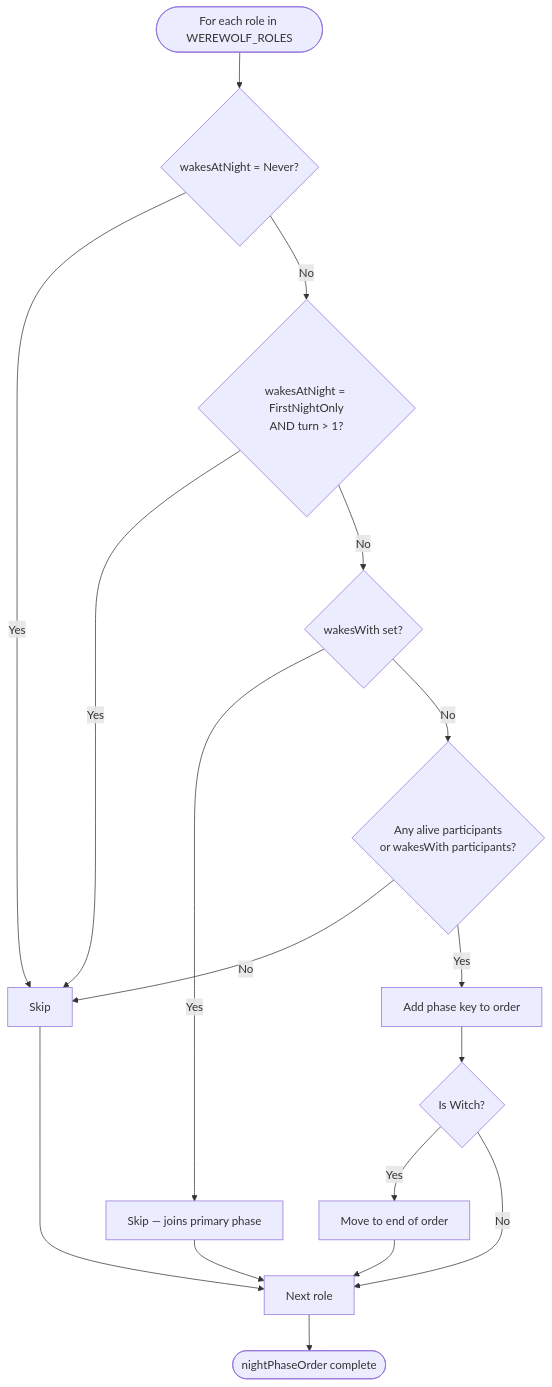
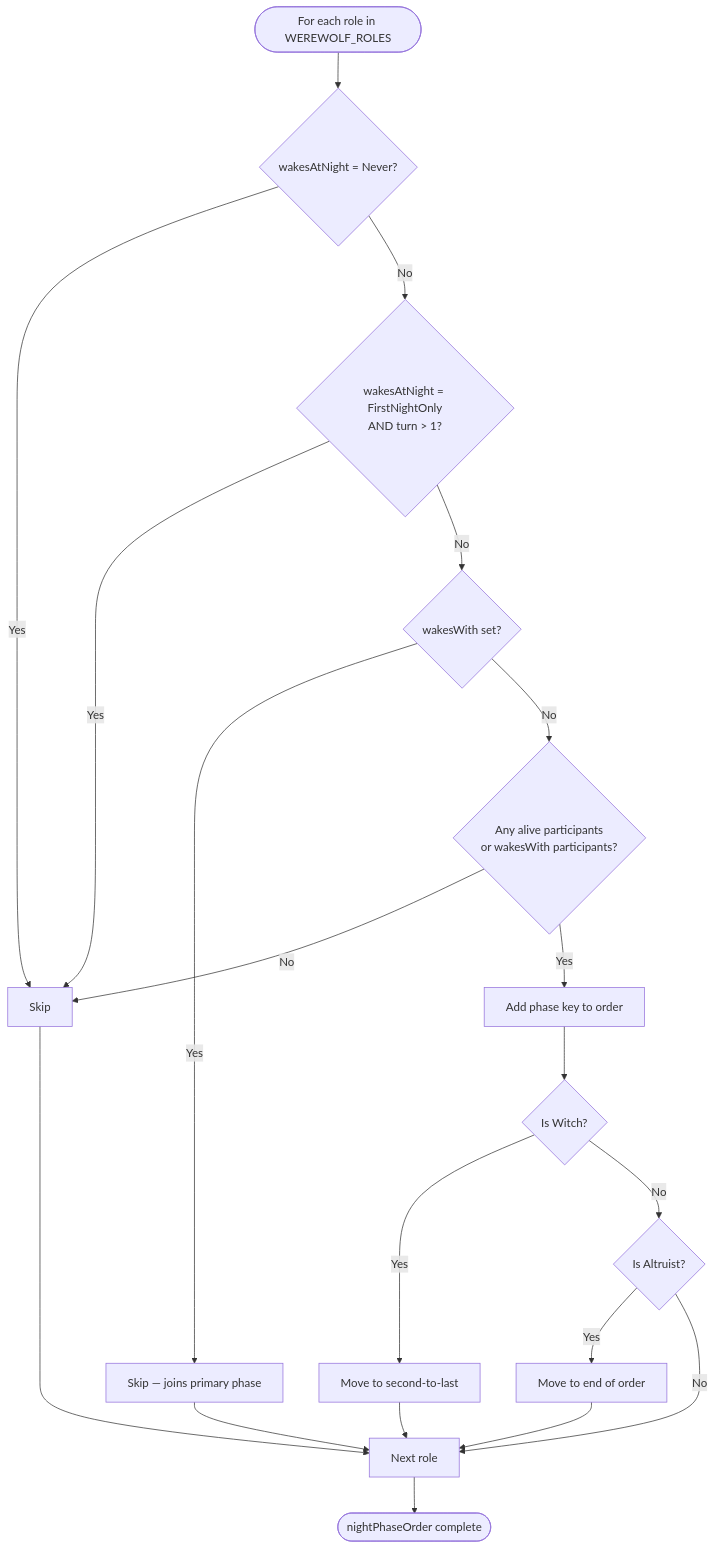
One commit to rmartz/hidden-role-game changed the second of 2 diagrams in docs/werewolf/roles.md. Above: the diagram before and after it, drawn with Mermaid. The commit also changed other lines of this file and 3 other files, not shown here.

````diff
--- a/docs/werewolf/roles.md
+++ b/docs/werewolf/roles.md
@@ -79,19 +105,22 @@
 ```mermaid
 flowchart TD
     Start([For each role in WEREWOLF_ROLES]) --> WakesNever{wakesAtNight = Never?}
     WakesNever -->|Yes| Skip[Skip]
     WakesNever -->|No| FirstNight{wakesAtNight = FirstNightOnly\nAND turn > 1?}
     FirstNight -->|Yes| Skip
     FirstNight -->|No| WakesWith{wakesWith set?}
     WakesWith -->|Yes| SkipOwn[Skip — joins primary phase]
     WakesWith -->|No| Alive{Any alive participants\nor wakesWith participants?}
     Alive -->|No| Skip
     Alive -->|Yes| Add[Add phase key to order]
     Add --> IsWitch{Is Witch?}
-    IsWitch -->|Yes| MoveLast[Move to end of order]
-    IsWitch -->|No| Next
-    MoveLast --> Next[Next role]
+    IsWitch -->|Yes| MoveSecondLast[Move to second-to-last]
+    IsWitch -->|No| IsAltruist{Is Altruist?}
+    IsAltruist -->|Yes| MoveLast[Move to end of order]
+    IsAltruist -->|No| Next
+    MoveSecondLast --> Next[Next role]
+    MoveLast --> Next
     Skip --> Next
     SkipOwn --> Next
     Next --> Done([nightPhaseOrder complete])
 ```
````
